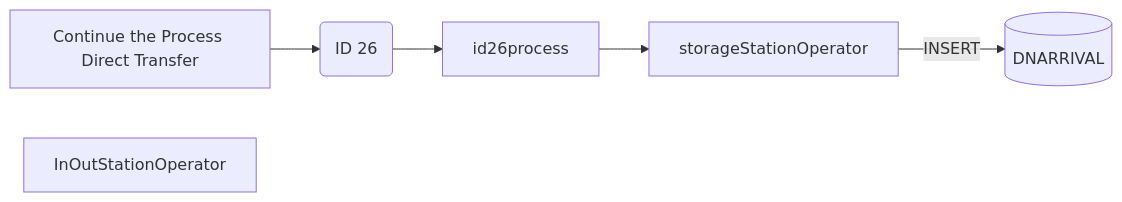
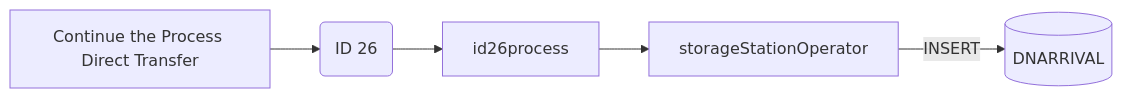
Before and after one commit to luthfiadityaa/SimeDarby-Wiki: the fifth of 23 diagrams in Basic-Design/DFD-WMS/Storage/Palletizing-Settting/Palletize-Start.md, drawn with Mermaid. The commit also changed other lines of this file, not shown here.

```diff
--- a/Basic-Design/DFD-WMS/Storage/Palletizing-Settting/Palletize-Start.md
+++ b/Basic-Design/DFD-WMS/Storage/Palletizing-Settting/Palletize-Start.md
@@ -432,20 +432,20 @@
 ::: mermaid
 flowchart LR
 
 releaseCommand["
 Continue the Process Direct Transfer
 "]
 
 id26msg("
 ID 26
 ")
 
 id26-insert[("
 DNARRIVAL
 ")]
 
-inoutstationoperator[InOutStationOperator]
+storageStationOperator[storageStationOperator]
 
 releaseCommand-->id26msg-->id26process-->storageStationOperator
 storageStationOperator--> |INSERT| id26-insert
 :::
```
